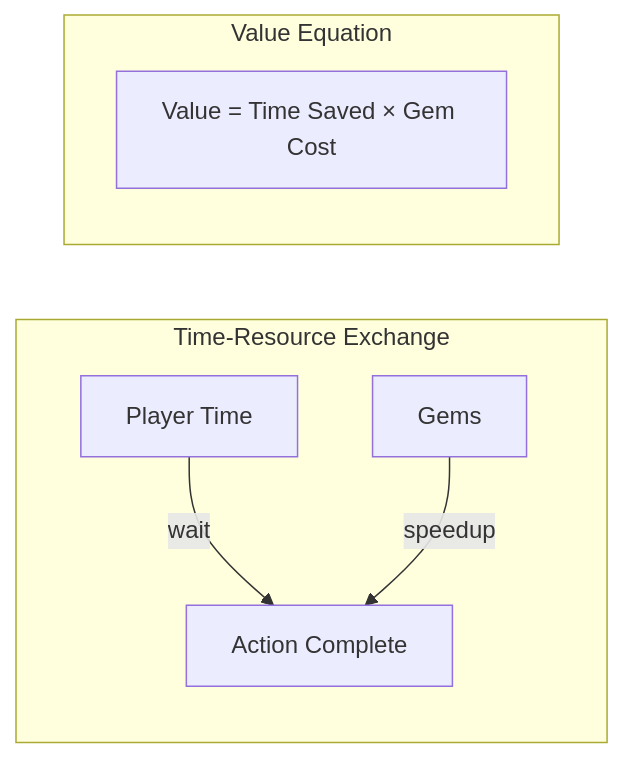
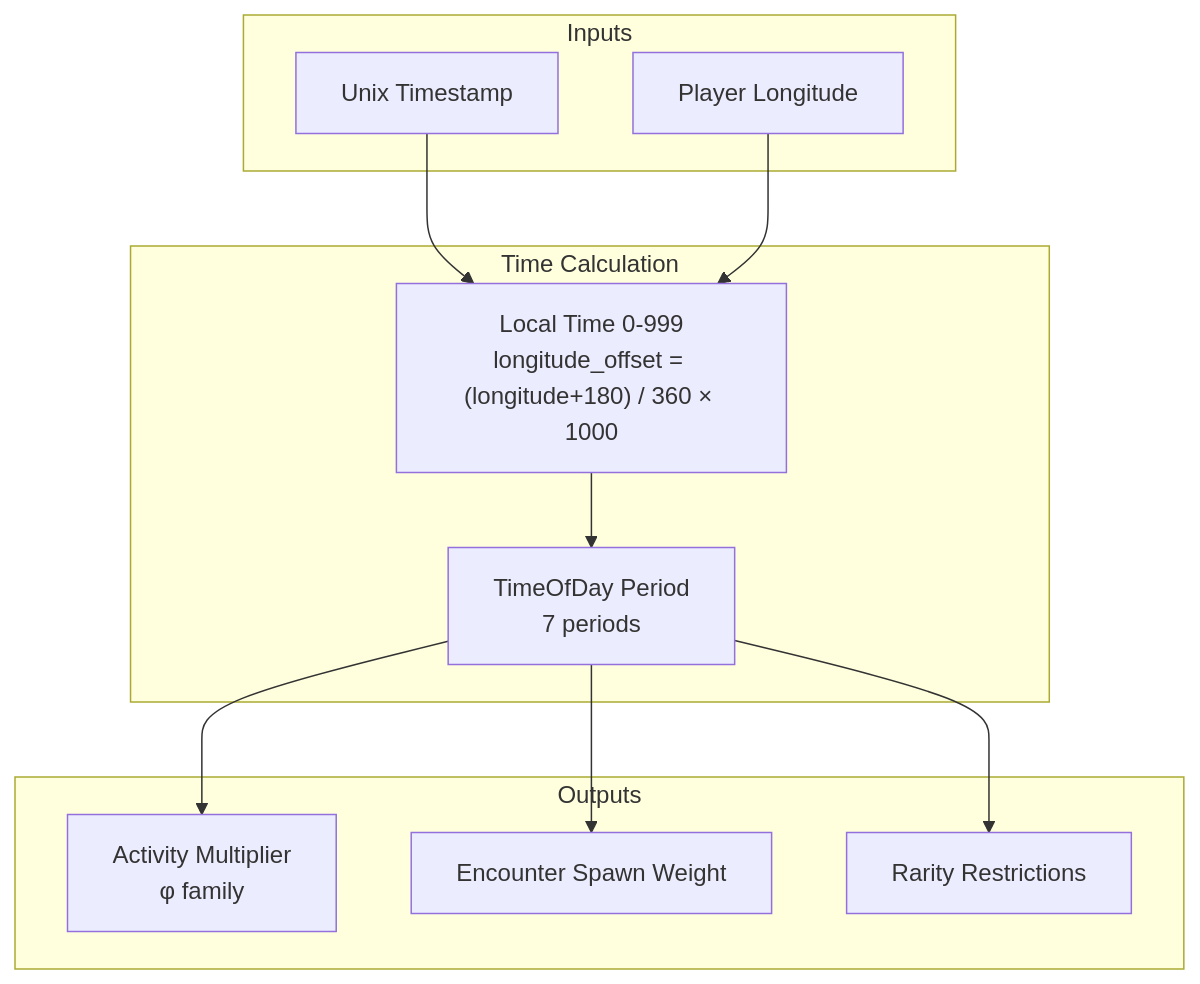
One commit to crypt0miester/novus-mundus changed the first of 5 diagrams in docs/onchain/03-economy/time-value.md. Above: the diagram before and after it, drawn with Mermaid. The commit also changed other lines of this file and 259 other files, not shown here.

````diff
--- a/docs/onchain/03-economy/time-value.md
+++ b/docs/onchain/03-economy/time-value.md
@@ -13,11 +9,25 @@
 ```mermaid
-graph LR
-    subgraph "Time-Resource Exchange"
-        TIME[Player Time] -->|wait| RESULT[Action Complete]
-        GEMS[Gems] -->|speedup| RESULT
+graph TB
+    subgraph "Inputs"
+        TS[Unix Timestamp]
+        LON[Player Longitude]
     end
 
-    subgraph "Value Equation"
-        V[Value = Time Saved × Gem Cost]
+    subgraph "Time Calculation"
+        LOCAL["Local Time 0-999<br/>longitude_offset = (longitude+180) / 360 × 1000"]
+        PERIOD[TimeOfDay Period<br/>7 periods]
     end
+
+    subgraph "Outputs"
+        MULT[Activity Multiplier<br/>φ family]
+        SPAWN[Encounter Spawn Weight]
+        RARITY[Rarity Restrictions]
+    end
+
+    TS --> LOCAL
+    LON --> LOCAL
+    LOCAL --> PERIOD
+    PERIOD --> MULT
+    PERIOD --> SPAWN
+    PERIOD --> RARITY
 ```
````
